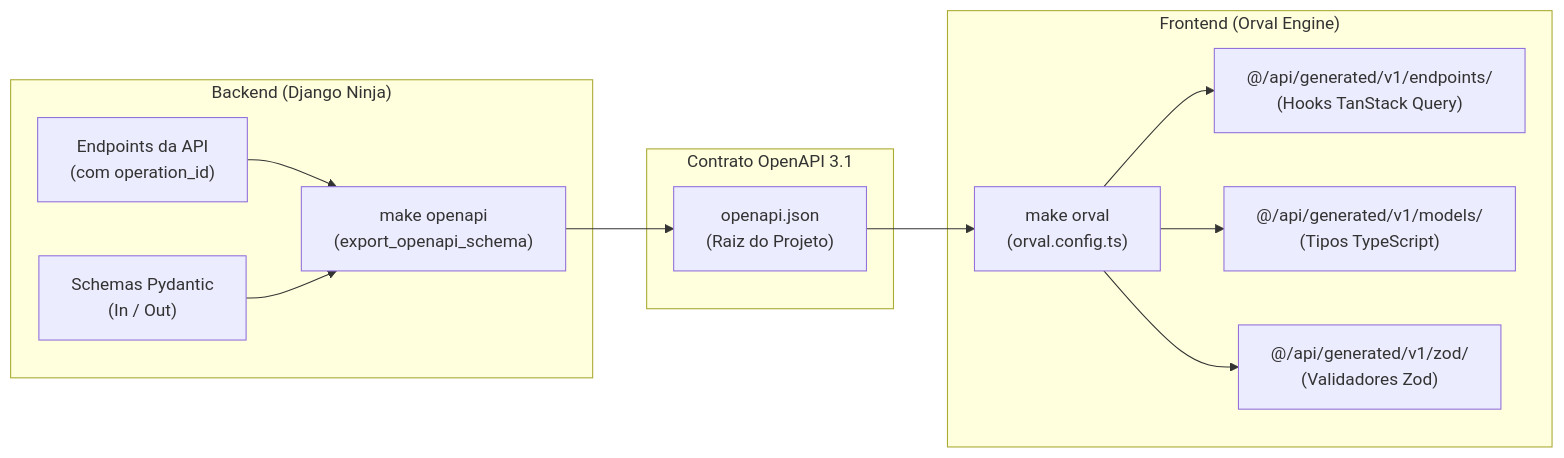
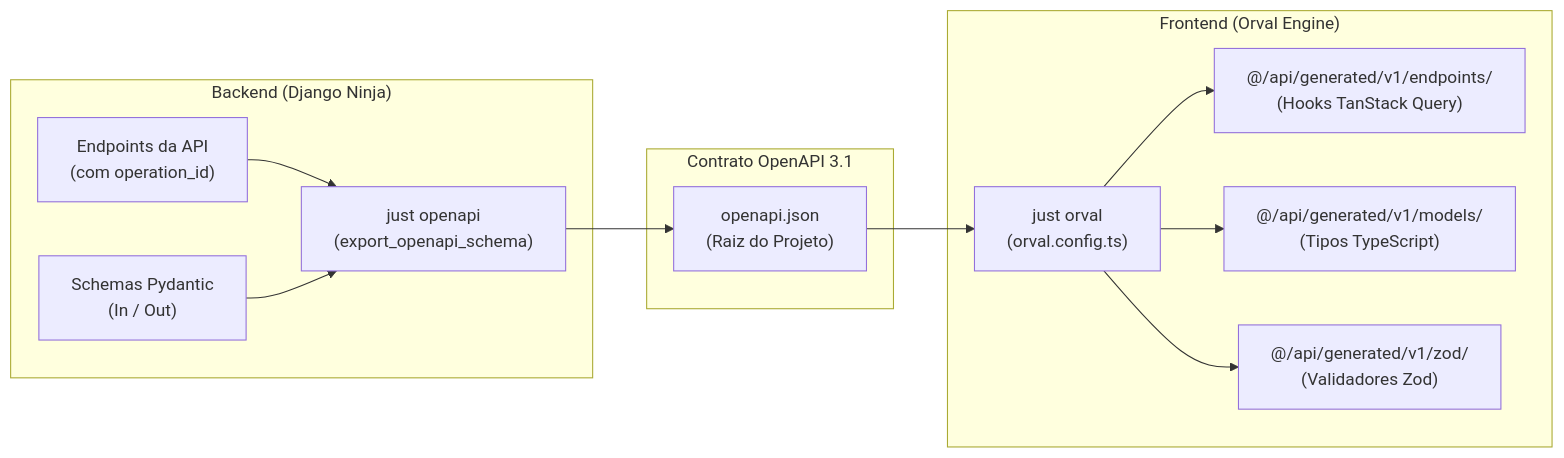
The diagram in docs/guides/frontend/generate-orval-client.md (Rafaelp122/wedding_management), drawn with Mermaid before and after one commit. The commit also changed other lines of this file and 34 other files, not shown here.

````diff
--- a/docs/guides/frontend/generate-orval-client.md
+++ b/docs/guides/frontend/generate-orval-client.md
@@ -12,20 +12,20 @@
 ```mermaid
 graph LR
     subgraph Backend ["Backend (Django Ninja)"]
         Routes["Endpoints da API<br/>(com operation_id)"]
         Pydantic["Schemas Pydantic<br/>(In / Out)"]
-        Routes --> Export["make openapi<br/>(export_openapi_schema)"]
+        Routes --> Export["just openapi<br/>(export_openapi_schema)"]
         Pydantic --> Export
     end
 
     subgraph Contract ["Contrato OpenAPI 3.1"]
         Export --> JSON["openapi.json<br/>(Raiz do Projeto)"]
     end
 
     subgraph Frontend ["Frontend (Orval Engine)"]
-        JSON --> OrvalCLI["make orval<br/>(orval.config.ts)"]
+        JSON --> OrvalCLI["just orval<br/>(orval.config.ts)"]
         OrvalCLI --> Hooks["@/api/generated/v1/endpoints/<br/>(Hooks TanStack Query)"]
         OrvalCLI --> Models["@/api/generated/v1/models/<br/>(Tipos TypeScript)"]
         OrvalCLI --> Zod["@/api/generated/v1/zod/<br/>(Validadores Zod)"]
     end
 ```
````
